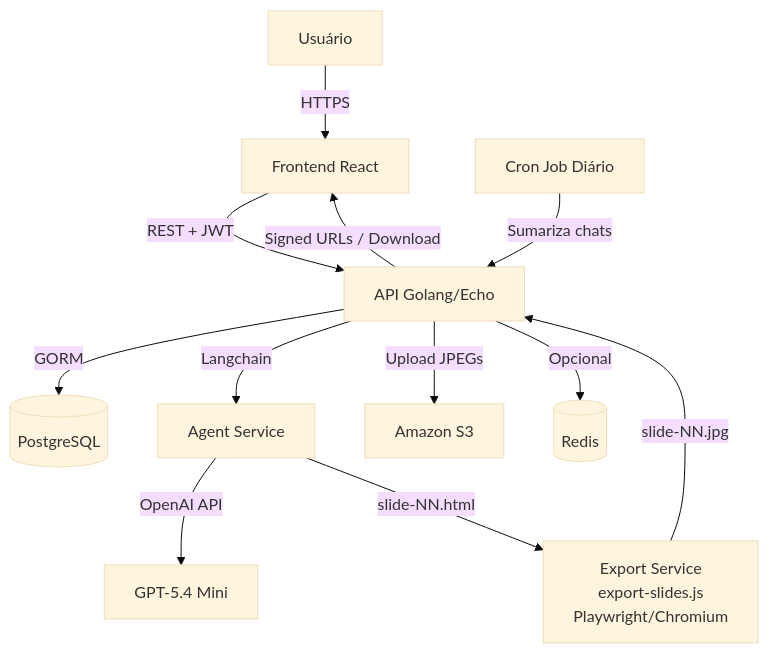
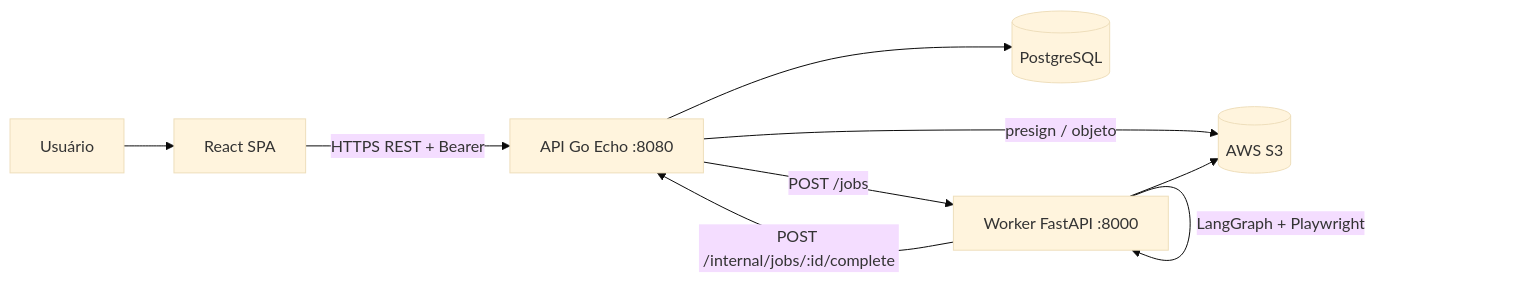
Before and after one commit to ma-molinari/content-creator-agent: the diagram in docs/TDD.md, drawn with Mermaid (base theme). The commit also changed other lines of this file and 1 other file, not shown here.

````diff
--- a/docs/TDD.md
+++ b/docs/TDD.md
@@ -117,14 +73,11 @@
 ```mermaid
-graph TD
-    U[Usuário] -->|HTTPS| FE[Frontend React]
-    FE -->|REST + JWT| API[API Golang/Echo]
-    API -->|GORM| DB[(PostgreSQL)]
-    API -->|Langchain| AGENT[Agent Service]
-    AGENT -->|OpenAI API| LLM[GPT-5.4 Mini]
-    AGENT -->|slide-NN.html| EXPORT[Export Service\nexport-slides.js\nPlaywright/Chromium]
-    EXPORT -->|slide-NN.jpg| API
-    API -->|Upload JPEGs| S3[Amazon S3]
-    API -->|Signed URLs / Download| FE
-    API -->|Opcional| REDIS[(Redis)]
-    CRON[Cron Job Diário] -->|Sumariza chats| API
+flowchart LR
+  U[Usuário] --> FE[React SPA]
+  FE -->|HTTPS REST + Bearer| API[API Go Echo :8080]
+  API --> PG[(PostgreSQL)]
+  API -->|presign / objeto| S3[(AWS S3)]
+  API -->|POST /jobs| W[Worker FastAPI :8000]
+  W -->|LangGraph + Playwright| W
+  W --> S3
+  W -->|POST /internal/jobs/:id/complete| API
 ```
````
